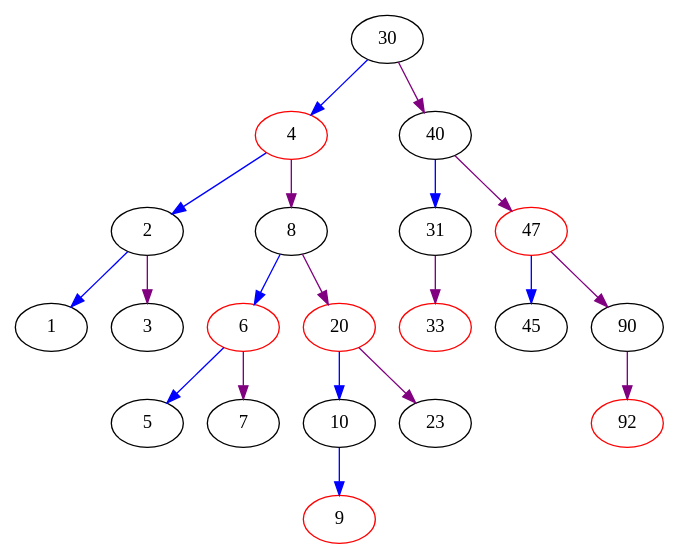
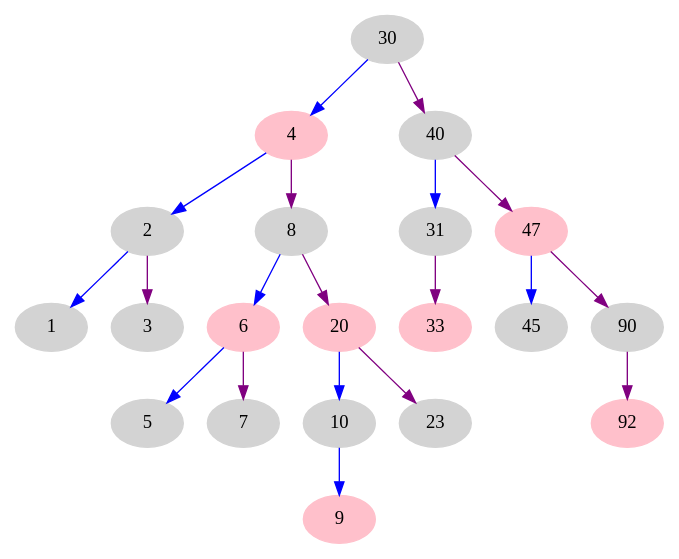
The diagram in rbt.dot (tomuwhu/cpp), drawn with Graphviz before and after one commit. The commit also changed 3 other files, not shown here.

```diff
--- a/rbt.dot
+++ b/rbt.dot
@@ -1,41 +1,41 @@
 digraph RedBlackTree {
-30 [label="30", color=black]
+30 [style=filled, label="30", color=lightgray]
 30 -> 4 [color="blue"]
-4 [label="4", color=red]
+4 [style=filled, label="4", color=pink]
 4 -> 2 [color="blue"]
-2 [label="2", color=black]
+2 [style=filled, label="2", color=lightgray]
 2 -> 1 [color="blue"]
-1 [label="1", color=black]
+1 [style=filled, label="1", color=lightgray]
 2 -> 3 [color="purple"]
-3 [label="3", color=black]
+3 [style=filled, label="3", color=lightgray]
 4 -> 8 [color="purple"]
-8 [label="8", color=black]
+8 [style=filled, label="8", color=lightgray]
 8 -> 6 [color="blue"]
-6 [label="6", color=red]
+6 [style=filled, label="6", color=pink]
 6 -> 5 [color="blue"]
-5 [label="5", color=black]
+5 [style=filled, label="5", color=lightgray]
 6 -> 7 [color="purple"]
-7 [label="7", color=black]
+7 [style=filled, label="7", color=lightgray]
 8 -> 20 [color="purple"]
-20 [label="20", color=red]
+20 [style=filled, label="20", color=pink]
 20 -> 10 [color="blue"]
-10 [label="10", color=black]
+10 [style=filled, label="10", color=lightgray]
 10 -> 9 [color="blue"]
-9 [label="9", color=red]
+9 [style=filled, label="9", color=pink]
 20 -> 23 [color="purple"]
-23 [label="23", color=black]
+23 [style=filled, label="23", color=lightgray]
 30 -> 40 [color="purple"]
-40 [label="40", color=black]
+40 [style=filled, label="40", color=lightgray]
 40 -> 31 [color="blue"]
-31 [label="31", color=black]
+31 [style=filled, label="31", color=lightgray]
 31 -> 33 [color="purple"]
-33 [label="33", color=red]
+33 [style=filled, label="33", color=pink]
 40 -> 47 [color="purple"]
-47 [label="47", color=red]
+47 [style=filled, label="47", color=pink]
 47 -> 45 [color="blue"]
-45 [label="45", color=black]
+45 [style=filled, label="45", color=lightgray]
 47 -> 90 [color="purple"]
-90 [label="90", color=black]
+90 [style=filled, label="90", color=lightgray]
 90 -> 92 [color="purple"]
-92 [label="92", color=red]
+92 [style=filled, label="92", color=pink]
 }
```
